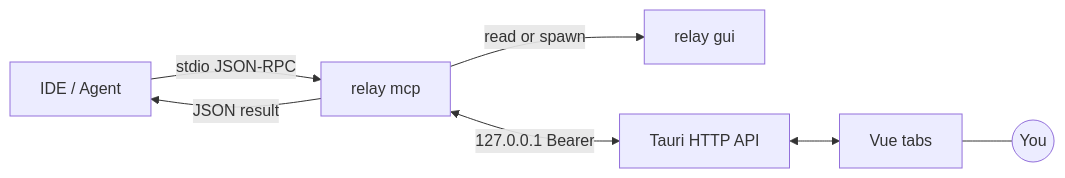
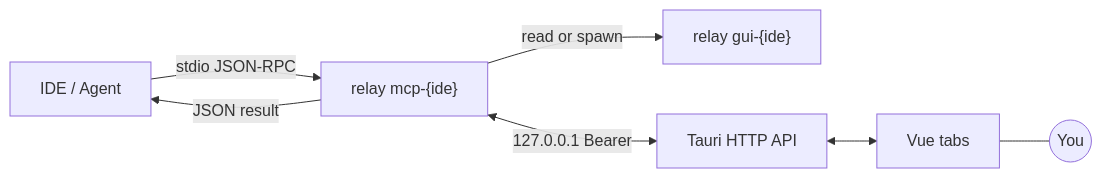
One commit to andeya/ide-relay-mcp changed the diagram in README.md. Above: the diagram before and after it, drawn with Mermaid. The commit also changed other lines of this file and 3 other files, not shown here.

````diff
--- a/README.md
+++ b/README.md
@@ -118,9 +122,9 @@
 ```mermaid
 flowchart LR
-  IDE[IDE / Agent] -->|stdio JSON-RPC| MCP[relay mcp]
-  MCP -->|read or spawn| GUI[relay gui]
+  IDE[IDE / Agent] -->|stdio JSON-RPC| MCP["relay mcp-{ide}"]
+  MCP -->|read or spawn| GUI["relay gui-{ide}"]
   MCP <-->|127.0.0.1 Bearer| HTTP[Tauri HTTP API]
   HTTP <--> UI[Vue tabs]
   UI --- User((You))
   MCP -->|JSON result| IDE
 ```
````
